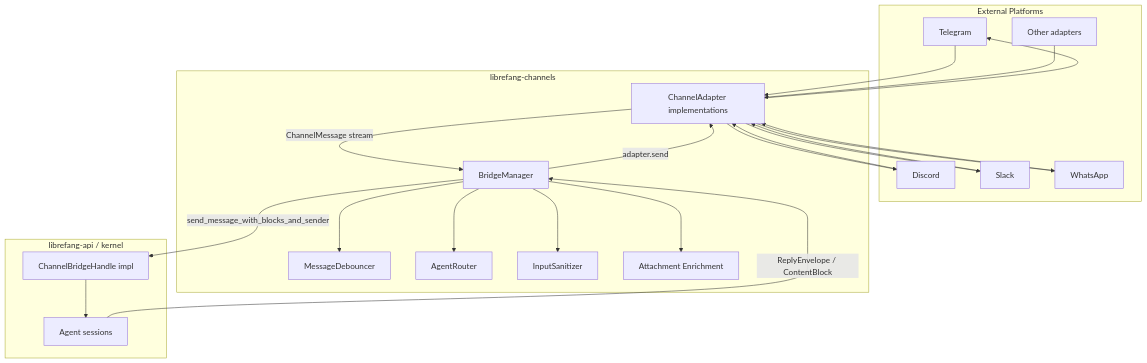
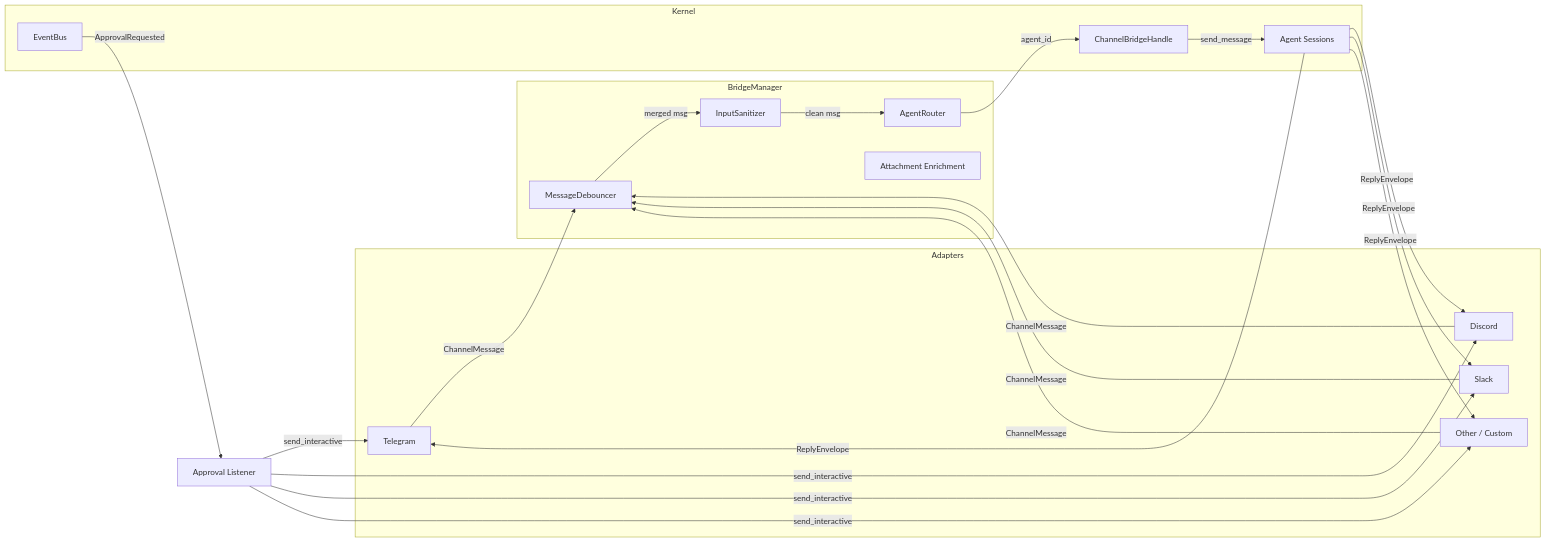
Before and after one commit to leszek3737/librefang-WIki: the diagram in channel-integrations.md, drawn with Mermaid. The commit also changed other lines of this file and 125 other files, not shown here.

````diff
--- a/channel-integrations.md
+++ b/channel-integrations.md
@@ -9,44 +20,31 @@
 ```mermaid
-graph TD
-    subgraph "External Platforms"
-        TG[Telegram]
-        DC[Discord]
-        SL[Slack]
-        WA[WhatsApp]
-        OTH[Other adapters]
+graph LR
+    subgraph Adapters
+        A[Telegram]
+        B[Discord]
+        C[Slack]
+        D[Other / Custom]
     end
 
-    subgraph "librefang-channels"
-        CA[ChannelAdapter implementations]
-        BM[BridgeManager]
-        MD[MessageDebouncer]
-        AR[AgentRouter]
-        IS[InputSanitizer]
-        AE[Attachment Enrichment]
+    subgraph BridgeManager
+        E[MessageDebouncer]
+        F[InputSanitizer]
+        G[AgentRouter]
+        H[Attachment Enrichment]
     end
 
-    subgraph "librefang-api / kernel"
-        CBH[ChannelBridgeHandle impl]
-        AG[Agent sessions]
+    subgraph Kernel
+        I[ChannelBridgeHandle]
+        J[Agent Sessions]
+        K[EventBus]
     end
 
-    TG --> CA
-    DC --> CA
-    SL --> CA
-    WA --> CA
-    OTH --> CA
-
-    CA -->|ChannelMessage stream| BM
-    BM --> MD
-    BM --> IS
-    BM --> AR
-    BM --> AE
-    BM -->|send_message_with_blocks_and_sender| CBH
-    CBH --> AG
-    AG -->|ReplyEnvelope / ContentBlock| BM
-    BM -->|adapter.send| CA
-    CA --> TG
-    CA --> DC
-    CA --> SL
-    CA --> WA
+    A & B & C & D -->|ChannelMessage| E
+    E -->|merged msg| F
+    F -->|clean msg| G
+    G -->|agent_id| I
+    I -->|send_message| J
+    J -->|ReplyEnvelope| A & B & C & D
+    K -->|ApprovalRequested| L[Approval Listener]
+    L -->|send_interactive| A & B & C & D
 ```
````
